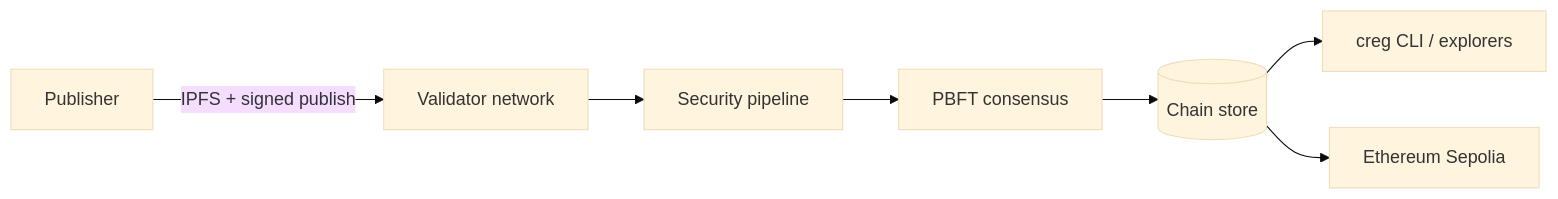
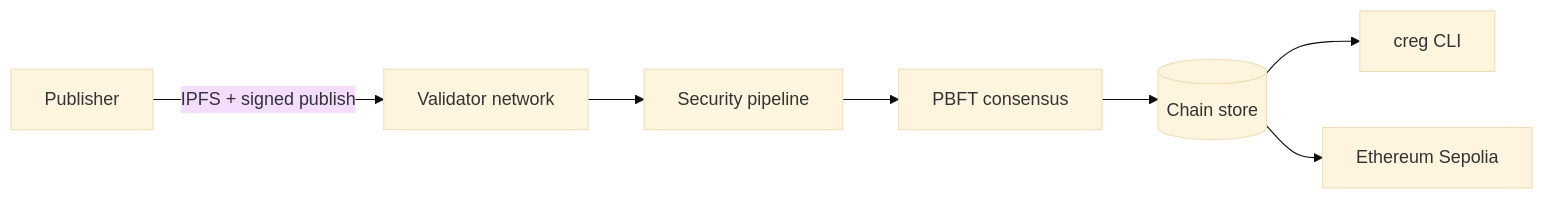
One commit to samuel-1-avson/chain-registry-blockchain-CREG- changed the diagram in README.md. Above: the diagram before and after it, drawn with Mermaid (base theme). The commit also changed other lines of this file and 5 other files, not shown here.

````diff
--- a/README.md
+++ b/README.md
@@ -23,9 +23,9 @@
 ```mermaid
 flowchart LR
     Publisher[Publisher] -->|IPFS + signed publish| Node[Validator network]
     Node --> Pipeline[Security pipeline]
     Pipeline --> PBFT[PBFT consensus]
     PBFT --> Chain[(Chain store)]
-    Chain --> CLI[creg CLI / explorers]
+    Chain --> CLI[creg CLI]
     Chain --> L1[Ethereum Sepolia]
 ```
````
